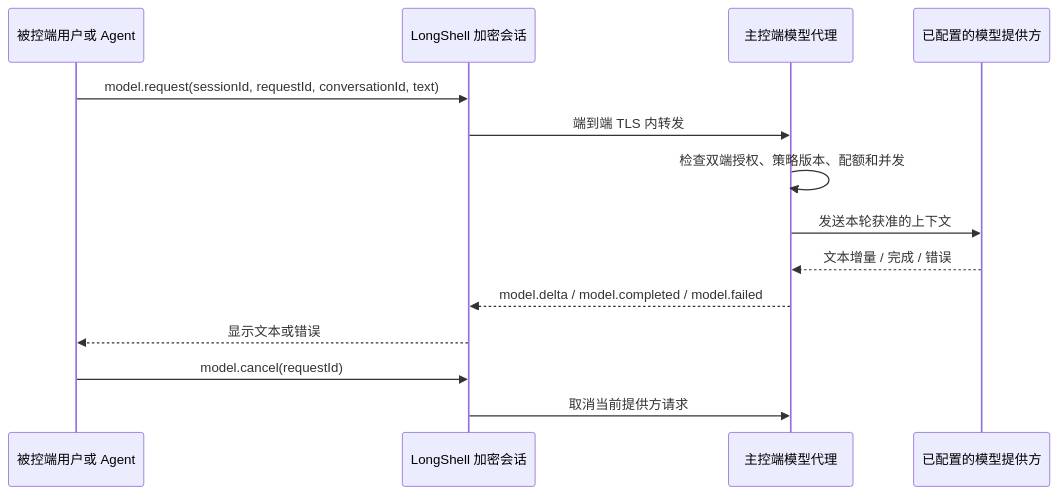
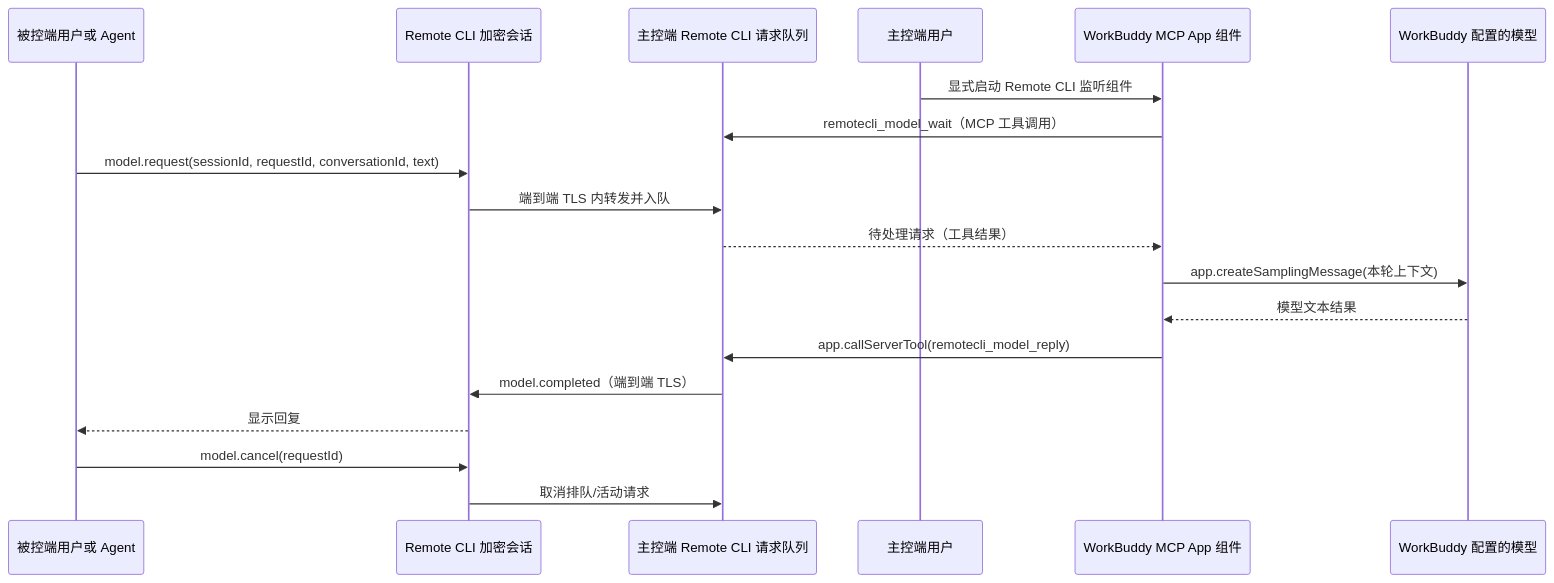
One commit to RepoFusionist/RemoteCLI changed the second of 2 diagrams in docs/controller-model-reverse-call-assessment.md. Above: the diagram before and after it, drawn with Mermaid. The commit also changed other lines of this file and 104 other files, not shown here.

````diff
--- a/docs/controller-model-reverse-call-assessment.md
+++ b/docs/controller-model-reverse-call-assessment.md
@@ -32,16 +67,21 @@
 ```mermaid
 sequenceDiagram
     participant C as 被控端用户或 Agent
-    participant R as LongShell 加密会话
-    participant H as 主控端模型代理
-    participant M as 已配置的模型提供方
+    participant R as Remote CLI 加密会话
+    participant H as 主控端 Remote CLI 请求队列
+    participant U as 主控端用户
+    participant W as WorkBuddy MCP App 组件
+    participant M as WorkBuddy 配置的模型
+    U->>W: 显式启动 Remote CLI 监听组件
+    W->>H: remotecli_model_wait（MCP 工具调用）
     C->>R: model.request(sessionId, requestId, conversationId, text)
-    R->>H: 端到端 TLS 内转发
-    H->>H: 检查双端授权、策略版本、配额和并发
-    H->>M: 发送本轮获准的上下文
-    M-->>H: 文本增量 / 完成 / 错误
-    H-->>R: model.delta / model.completed / model.failed
-    R-->>C: 显示文本或错误
+    R->>H: 端到端 TLS 内转发并入队
+    H-->>W: 待处理请求（工具结果）
+    W->>M: app.createSamplingMessage(本轮上下文)
+    M-->>W: 模型文本结果
+    W->>H: app.callServerTool(remotecli_model_reply)
+    H->>R: model.completed（端到端 TLS）
+    R-->>C: 显示回复
     C->>R: model.cancel(requestId)
-    R->>H: 取消当前提供方请求
+    R->>H: 取消排队/活动请求
 ```
````
